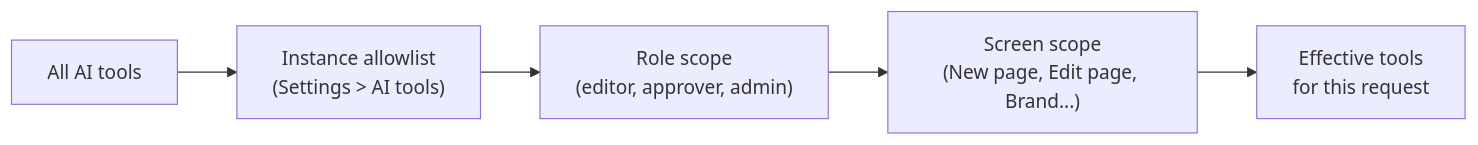
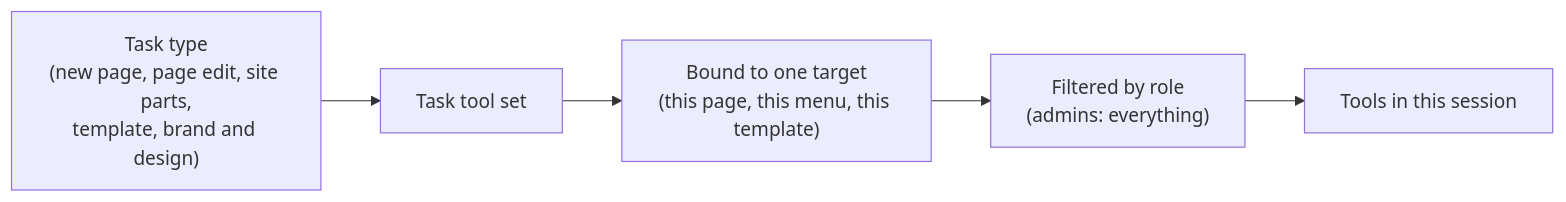
The first of 2 diagrams in docs/12-ai-harness.md (unkn0wn1/sitebuilder), drawn with Mermaid before and after one commit. The commit also changed other lines of this file and 3 other files, not shown here.

Commit message:
Docs: task-scoped AI tools replace per-instance allowlist

````diff
--- a/docs/12-ai-harness.md
+++ b/docs/12-ai-harness.md
@@ -55,7 +65,7 @@
 ```mermaid
 flowchart LR
-  All["All AI tools"] --> I["Instance allowlist<br/>(Settings > AI tools)"]
-  I --> R["Role scope<br/>(editor, approver, admin)"]
-  R --> S["Screen scope<br/>(New page, Edit page, Brand...)"]
-  S --> E["Effective tools<br/>for this request"]
+  T["Task type<br/>(new page, page edit, site parts,<br/>template, brand and design)"] --> TS["Task tool set"]
+  TS --> B["Bound to one target<br/>(this page, this menu, this template)"]
+  B --> R["Filtered by role<br/>(admins: everything)"]
+  R --> E["Tools in this session"]
 ```
````
